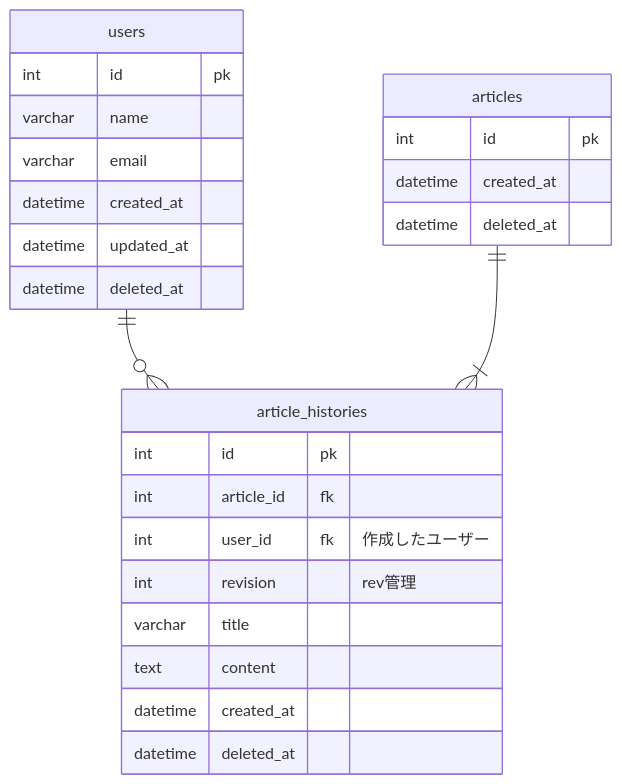
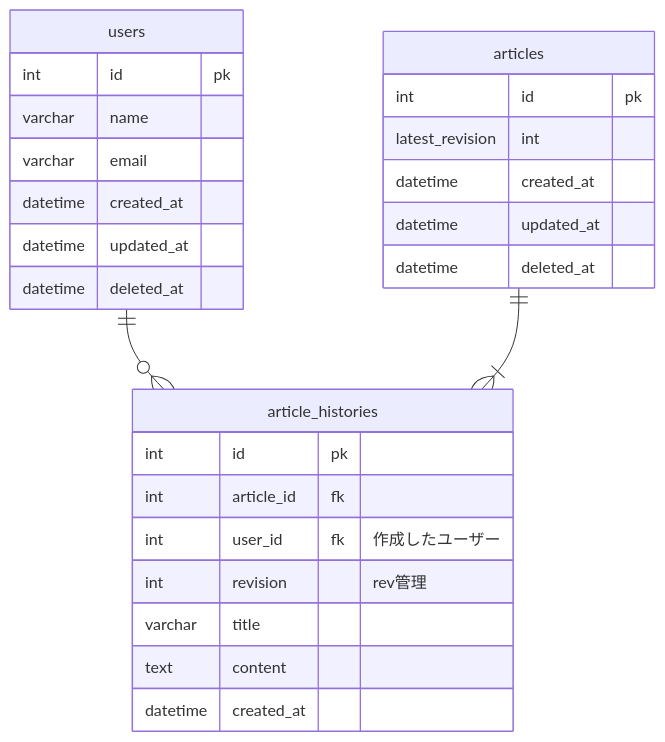
The diagram in データベースモデリング5/課題1/課題1.md (zyumax/pc_task), drawn with Mermaid before and after one commit. The commit also changed other lines of this file and 5 other files, not shown here.

````diff
--- a/データベースモデリング5/課題1/課題1.md
+++ b/データベースモデリング5/課題1/課題1.md
@@ -13,32 +13,33 @@
 ```mermaid
 erDiagram
 users {
   int id pk
   varchar name
   varchar email
   datetime created_at
   datetime updated_at
   datetime deleted_at
 }
 
 articles {
   int id pk
+  latest_revision int
   datetime created_at
+  datetime updated_at
   datetime deleted_at
 }
 
 article_histories {
   int id pk
   int article_id fk
   int user_id fk "作成したユーザー"
   int revision "rev管理"
   varchar title
   text content
   datetime created_at
-  datetime deleted_at
 }
 
 %% relations
 users ||--o{ article_histories : ""
 articles ||--|{ article_histories : ""
 ```
````
